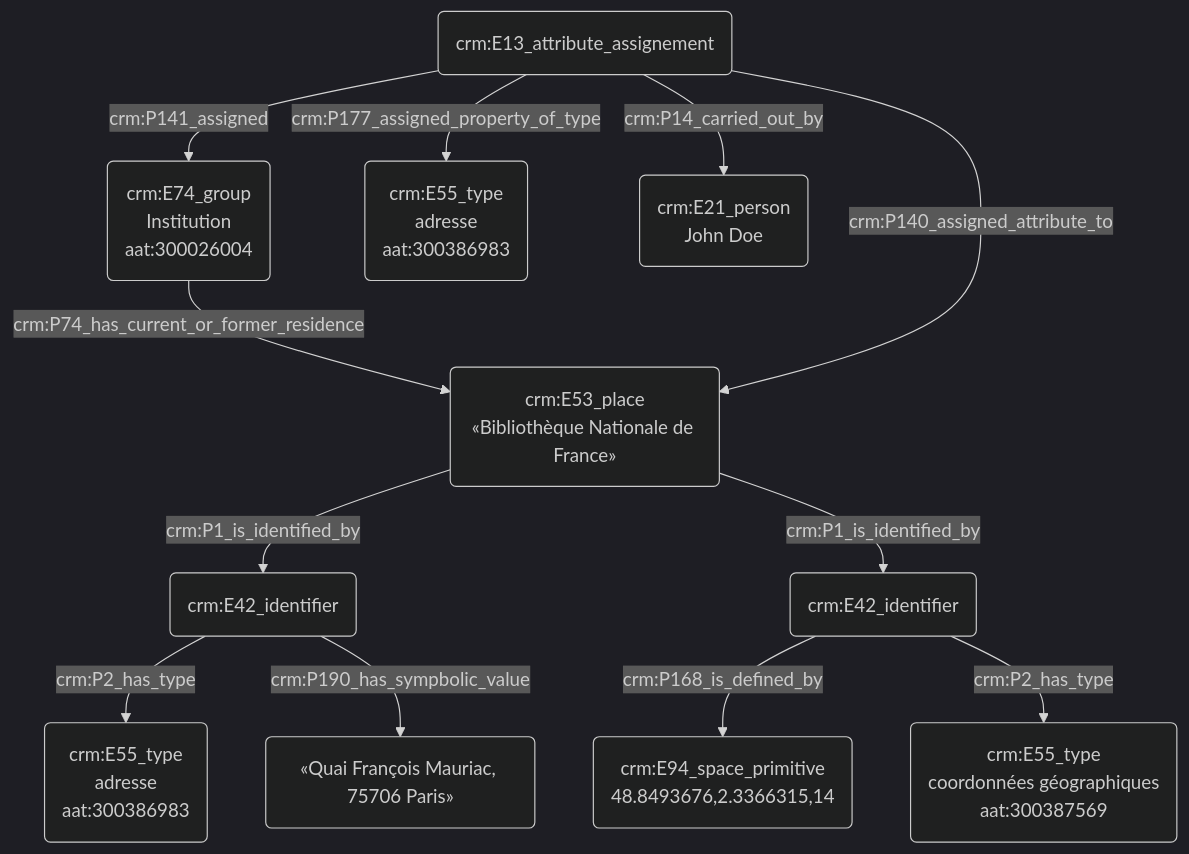
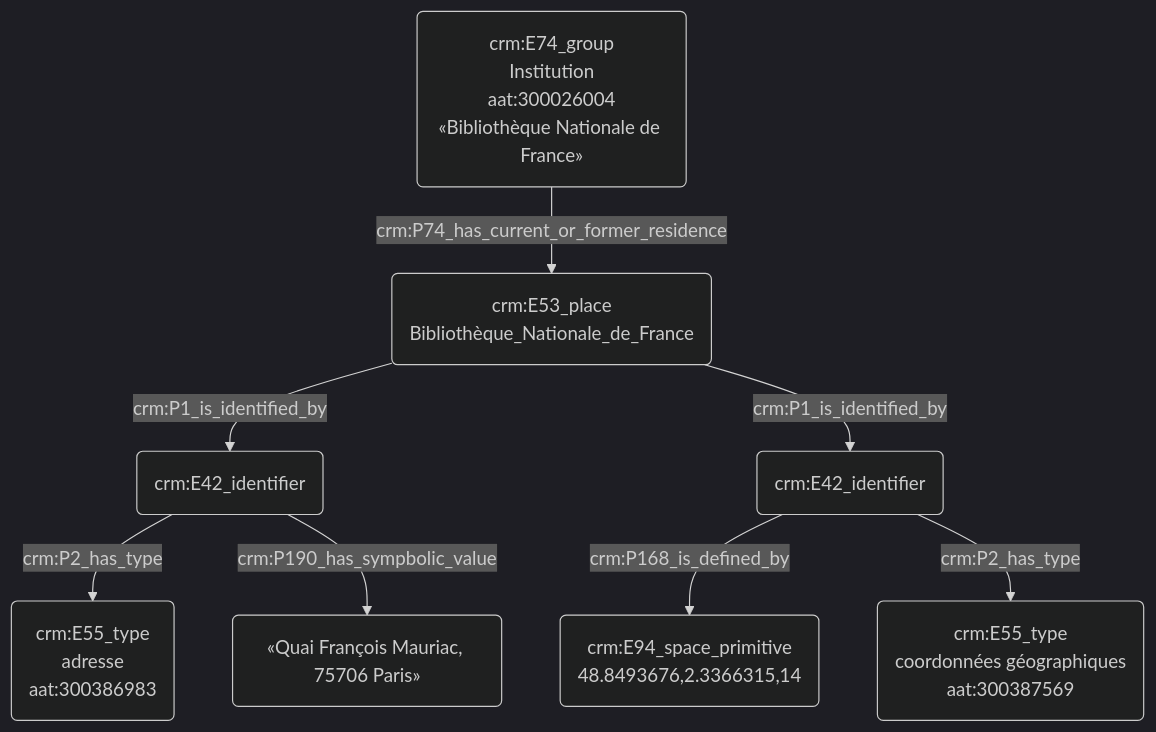
One commit to Amleth/consortium-musica2-gt2-ontologies changed the diagram in modules/livrables/Dossier 2/Indexation conceptuelle/indexation_d_un_lieu.md. Above: the diagram before and after it, drawn with Mermaid (dark theme).

````diff
--- a/modules/livrables/Dossier 2/Indexation conceptuelle/indexation_d_un_lieu.md
+++ b/modules/livrables/Dossier 2/Indexation conceptuelle/indexation_d_un_lieu.md
@@ -17,22 +17,16 @@
 ```mermaid
 graph TD;
 
 A(crm:E53_place<br>Bibliothèque_Nationale_de_France) --> |crm:P1_is_identified_by| B(crm:E42_identifier)
 A(crm:E53_place<br>Bibliothèque_Nationale_de_France) --> |crm:P1_is_identified_by| S(crm:E42_identifier)
 S(crm:E42_identifier) --> |crm:P168_is_defined_by| Z(crm:E94_space_primitive<br>48.8493676,2.3366315,14)
 S(crm:E42_identifier) --> |crm:P2_has_type| N(crm:E55_type<br>coordonnées géographiques<br>aat:300387569)
 
 B(crm:E42_identifier) --> |crm:P2_has_type| X(crm:E55_type<br>adresse<br>aat:300386983)
 B(crm:E42_identifier) --> |crm:P190_has_sympbolic_value| Y(«Quai François Mauriac, 75706 Paris»)
 
 
-C(crm:E74_group<br>Institution<br>aat:300026004) --> |crm:P74_has_current_or_former_residence| A(crm:E53_place<br>Bibliothèque_Nationale_de_France)
-
-
-H(crm:E13_attribute_assignement) --> |crm:P140_assigned_attribute_to| A(crm:E53_place<br>«Bibliothèque Nationale de France») 
-H(crm:E13_attribute_assignement) --> |crm:P141_assigned| C(crm:E74_group<br>Institution<br>aat:300026004)
-H(crm:E13_attribute_assignement) --> |crm:P177_assigned_property_of_type| K(crm:E55_type<br>adresse<br>aat:300386983)
-H(crm:E13_attribute_assignement) --> |crm:P14_carried_out_by| J(crm:E21_person<br>John Doe)
+C(crm:E74_group<br>Institution<br>aat:300026004<br>«Bibliothèque Nationale de France») --> |crm:P74_has_current_or_former_residence| A(crm:E53_place<br>Bibliothèque_Nationale_de_France)
 
 
 ```
````
